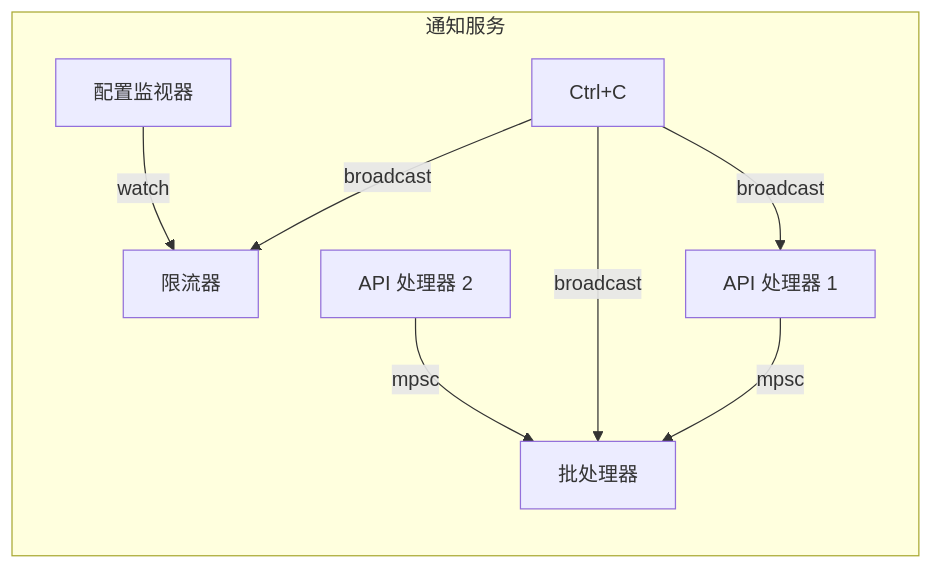
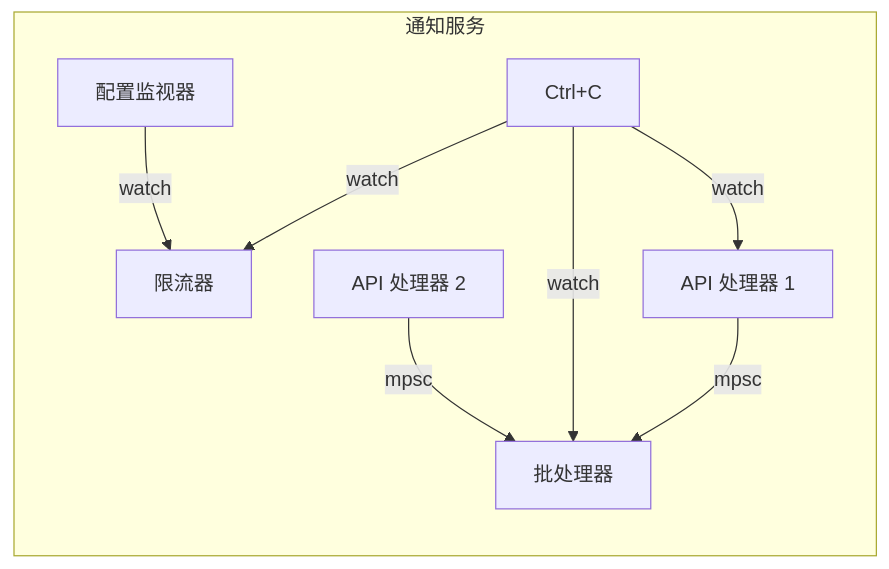
Before and after one commit to S-helios/RustTraining: the third of 3 diagrams in async-book-zh/src/ch08-tokio-deep-dive.md, drawn with Mermaid. The commit also changed other lines of this file and 30 other files, not shown here.

````diff
--- a/async-book-zh/src/ch08-tokio-deep-dive.md
+++ b/async-book-zh/src/ch08-tokio-deep-dive.md
@@ -221,12 +233,12 @@
 ```mermaid
 graph LR
     subgraph "通知服务"
         direction TB
         API1["API 处理器 1"] -->|mpsc| BATCH["批处理器"]
         API2["API 处理器 2"] -->|mpsc| BATCH
         CONFIG["配置监视器"] -->|watch| RATE["限流器"]
-        CTRL["Ctrl+C"] -->|broadcast| API1
-        CTRL -->|broadcast| BATCH
-        CTRL -->|broadcast| RATE
+        CTRL["Ctrl+C"] -->|watch| API1
+        CTRL -->|watch| BATCH
+        CTRL -->|watch| RATE
     end
 ```
````
